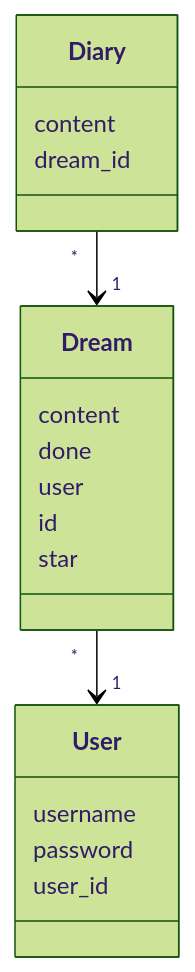
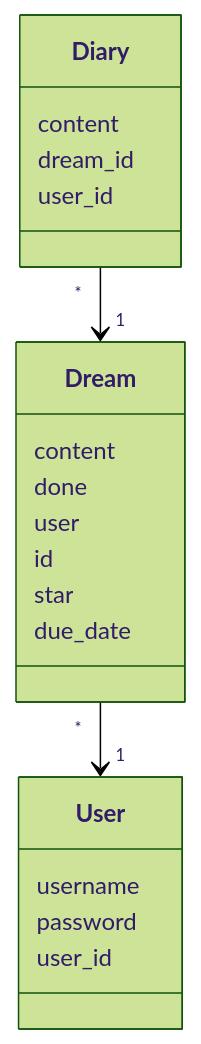
The diagram in dokumentaatio/arkkitehtuuri.md (aadnw/ot-harjoitustyo), drawn with Mermaid (forest theme) before and after one commit. The commit also changed other lines of this file, not shown here.

````diff
--- a/dokumentaatio/arkkitehtuuri.md
+++ b/dokumentaatio/arkkitehtuuri.md
@@ -20,21 +20,23 @@
 ```mermaid
  classDiagram
       Diary "*" --> "1" Dream
       Dream "*" --> "1" User
       class User{
           username
           password
           user_id
       }
       class Dream{
           content
           done
           user
           id
           star
+          due_date
       }
       class Diary{
           content
           dream_id
+          user_id
       }
 ```
````
